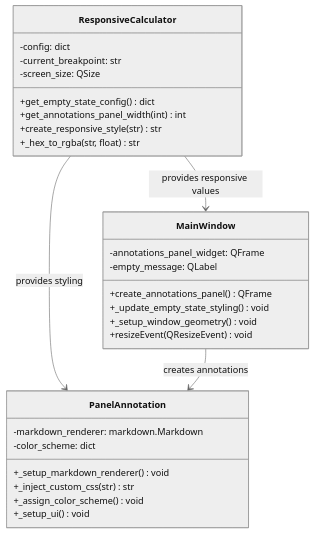
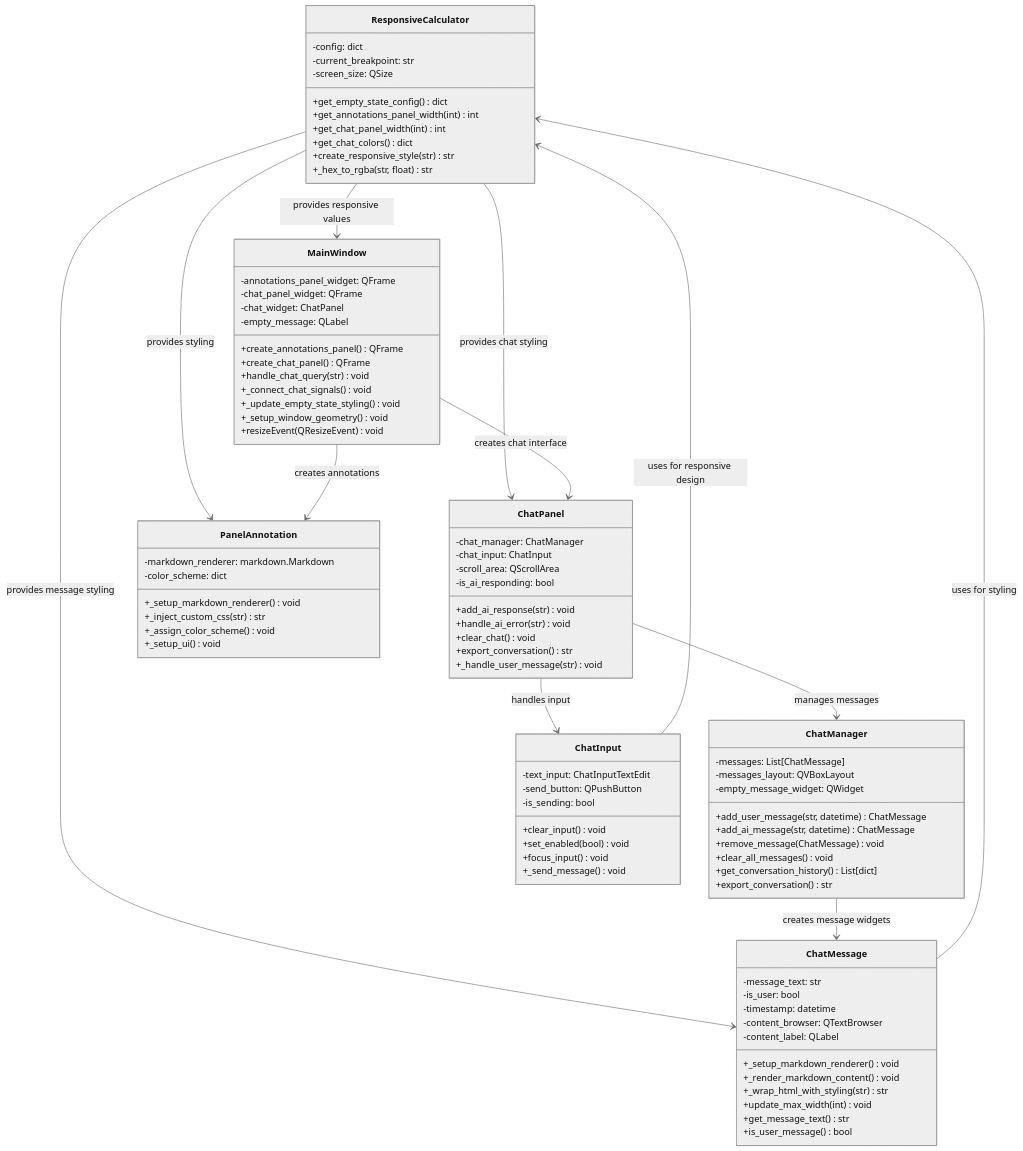
The sixth of 6 diagrams in PROJECT_DOCS.md (Jackela/ai_enhanced_pdf_scholar), drawn with Mermaid (neutral theme) before and after one commit. The commit also changed other lines of this file and 28 other files, not shown here.

````diff
--- a/PROJECT_DOCS.md
+++ b/PROJECT_DOCS.md
@@ -235,17 +443,72 @@
         -screen_size: QSize
         +get_empty_state_config() dict
         +get_annotations_panel_width(int) int
+        +get_chat_panel_width(int) int
+        +get_chat_colors() dict
         +create_responsive_style(str) str
         +_hex_to_rgba(str, float) str
     }
     
     class MainWindow {
         -annotations_panel_widget: QFrame
+        -chat_panel_widget: QFrame
+        -chat_widget: ChatPanel
         -empty_message: QLabel
         +create_annotations_panel() QFrame
+        +create_chat_panel() QFrame
+        +handle_chat_query(str) void
+        +_connect_chat_signals() void
         +_update_empty_state_styling() void
         +_setup_window_geometry() void
         +resizeEvent(QResizeEvent) void
+    }
+    
+    class ChatPanel {
+        -chat_manager: ChatManager
+        -chat_input: ChatInput
+        -scroll_area: QScrollArea
+        -is_ai_responding: bool
+        +add_ai_response(str) void
+        +handle_ai_error(str) void
+        +clear_chat() void
+        +export_conversation() str
+        +_handle_user_message(str) void
+    }
+    
+    class ChatManager {
+        -messages: List[ChatMessage]
+        -messages_layout: QVBoxLayout
+        -empty_message_widget: QWidget
+        +add_user_message(str, datetime) ChatMessage
+        +add_ai_message(str, datetime) ChatMessage
+        +remove_message(ChatMessage) void
+        +clear_all_messages() void
+        +get_conversation_history() List[dict]
+        +export_conversation() str
+    }
+    
+    class ChatMessage {
+        -message_text: str
+        -is_user: bool
+        -timestamp: datetime
+        -content_browser: QTextBrowser
+        -content_label: QLabel
+        +_setup_markdown_renderer() void
+        +_render_markdown_content() void
+        +_wrap_html_with_styling(str) str
+        +update_max_width(int) void
+        +get_message_text() str
+        +is_user_message() bool
+    }
+    
+    class ChatInput {
+        -text_input: ChatInputTextEdit
+        -send_button: QPushButton
+        -is_sending: bool
+        +clear_input() void
+        +set_enabled(bool) void
+        +focus_input() void
+        +_send_message() void
     }
     
     class PanelAnnotation {
@@ -259,5 +522,16 @@
     
     ResponsiveCalculator --> MainWindow : provides responsive values
     ResponsiveCalculator --> PanelAnnotation : provides styling
+    ResponsiveCalculator --> ChatPanel : provides chat styling
+    ResponsiveCalculator --> ChatMessage : provides message styling
+    
     MainWindow --> PanelAnnotation : creates annotations
+    MainWindow --> ChatPanel : creates chat interface
+    
+    ChatPanel --> ChatManager : manages messages
+    ChatPanel --> ChatInput : handles input
+    ChatManager --> ChatMessage : creates message widgets
+    
+    ChatMessage --> ResponsiveCalculator : uses for styling
+    ChatInput --> ResponsiveCalculator : uses for responsive design
 ```
````
